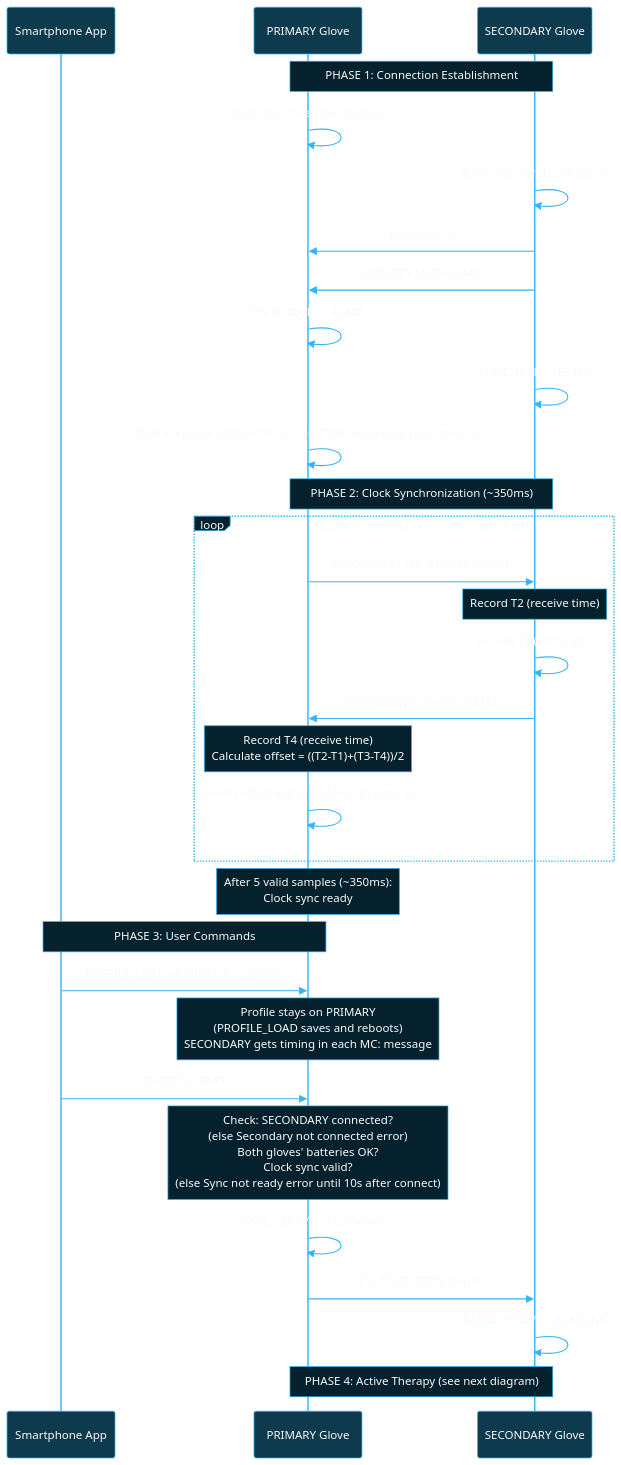
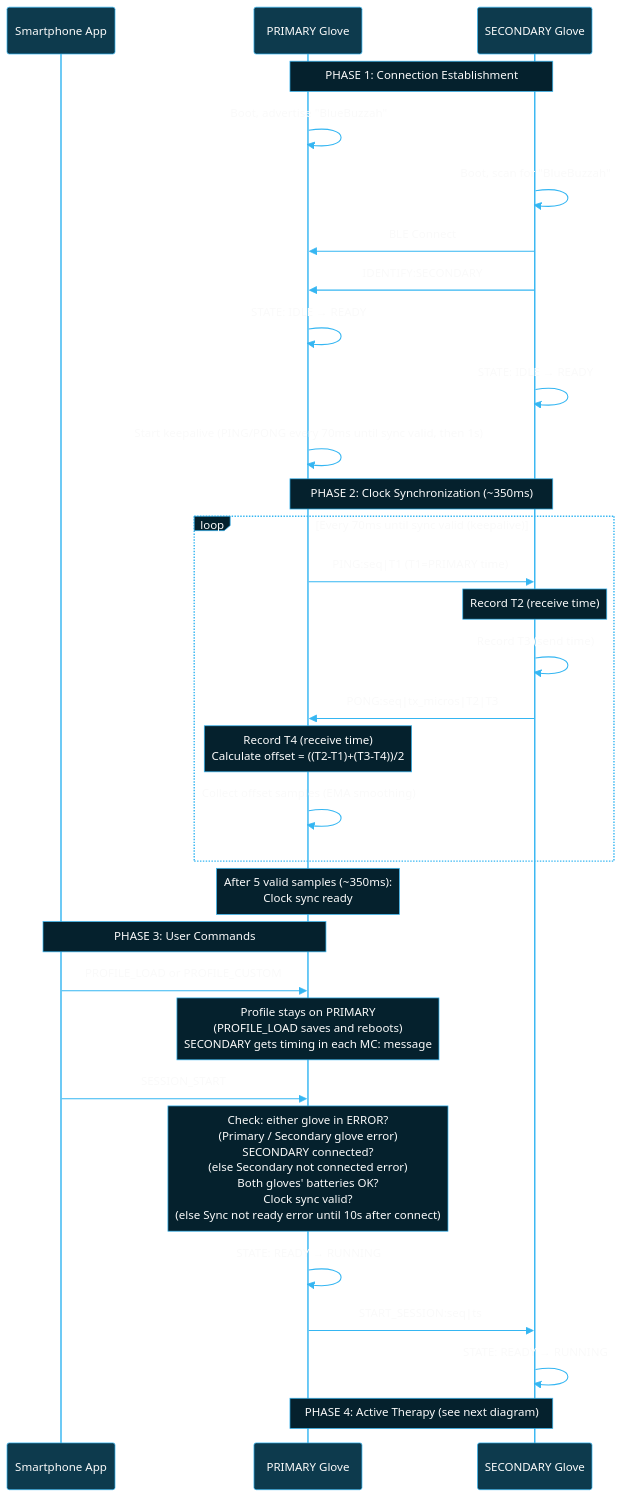
The second of 11 diagrams in docs/THERAPY_SESSION_FLOW.md (BlueBuzzah/BlueBuzzah-Firmware), drawn with Mermaid before and after one commit. The commit also changed other lines of this file and 7 other files, not shown here.

````diff
--- a/docs/THERAPY_SESSION_FLOW.md
+++ b/docs/THERAPY_SESSION_FLOW.md
@@ -105,63 +106,63 @@
 ```mermaid
 %%{init: {'theme': 'base', 'themeVariables': {
   'primaryColor': '#0d3a4d',
   'primaryTextColor': '#fafafa',
   'primaryBorderColor': '#35B6F2',
   'lineColor': '#35B6F2',
   'secondaryColor': '#05212D',
   'tertiaryColor': '#0a0a0a',
   'background': '#0a0a0a',
   'actorBkg': '#0d3a4d',
   'actorBorder': '#35B6F2',
   'actorTextColor': '#fafafa',
   'actorLineColor': '#35B6F2',
   'signalColor': '#35B6F2',
   'signalTextColor': '#fafafa',
   'labelBoxBkgColor': '#05212D',
   'labelBoxBorderColor': '#35B6F2',
   'labelTextColor': '#fafafa',
   'loopTextColor': '#fafafa',
   'noteBkgColor': '#05212D',
   'noteBorderColor': '#35B6F2',
   'noteTextColor': '#fafafa',
   'activationBkgColor': '#0d3a4d',
   'activationBorderColor': '#35B6F2',
   'sequenceNumberColor': '#fafafa'
 }}}%%
 sequenceDiagram
     participant APP as Smartphone App
     participant P as PRIMARY Glove
     participant S as SECONDARY Glove
 
     Note over P,S: PHASE 1: Connection Establishment
     P->>P: Boot, advertise "BlueBuzzah"
     S->>S: Boot, scan for "BlueBuzzah"
     S->>P: BLE Connect
     S->>P: IDENTIFY:SECONDARY
     P->>P: STATE: IDLE → READY
     S->>S: STATE: IDLE → READY
     P->>P: Start keepalive (PING/PONG every 70ms until sync valid, then 1s)
 
     Note over P,S: PHASE 2: Clock Synchronization (~350ms)
     loop Every 70ms until sync valid (keepalive)
         P->>S: PING:seq|T1 (T1=PRIMARY time)
         Note over S: Record T2 (receive time)
         S->>S: Record T3 (send time)
         S->>P: PONG:seq|tx_micros|T2|T3
         Note over P: Record T4 (receive time)<br/>Calculate offset = ((T2-T1)+(T3-T4))/2
         P->>P: Collect offset samples (EMA smoothing)
     end
     Note over P: After 5 valid samples (~350ms):<br/>Clock sync ready
 
     Note over APP,P: PHASE 3: User Commands
     APP->>P: PROFILE_LOAD or PROFILE_CUSTOM
     Note over P: Profile stays on PRIMARY<br/>(PROFILE_LOAD saves and reboots)<br/>SECONDARY gets timing in each MC: message
 
     APP->>P: SESSION_START
-    Note over P: Check: SECONDARY connected?<br/>(else Secondary not connected error)<br/>Both gloves' batteries OK?<br/>Clock sync valid?<br/>(else Sync not ready error until 10s after connect)
+    Note over P: Check: either glove in ERROR?<br/>(Primary / Secondary glove error)<br/>SECONDARY connected?<br/>(else Secondary not connected error)<br/>Both gloves' batteries OK?<br/>Clock sync valid?<br/>(else Sync not ready error until 10s after connect)
     P->>P: STATE: READY → RUNNING
     P->>S: START_SESSION:seq|ts
     S->>S: STATE: READY → RUNNING
 
     Note over P,S: PHASE 4: Active Therapy (see next diagram)
 ```
````
